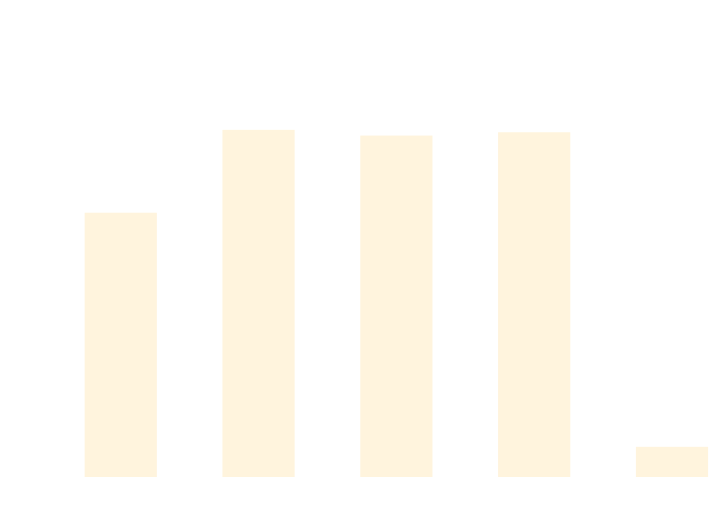
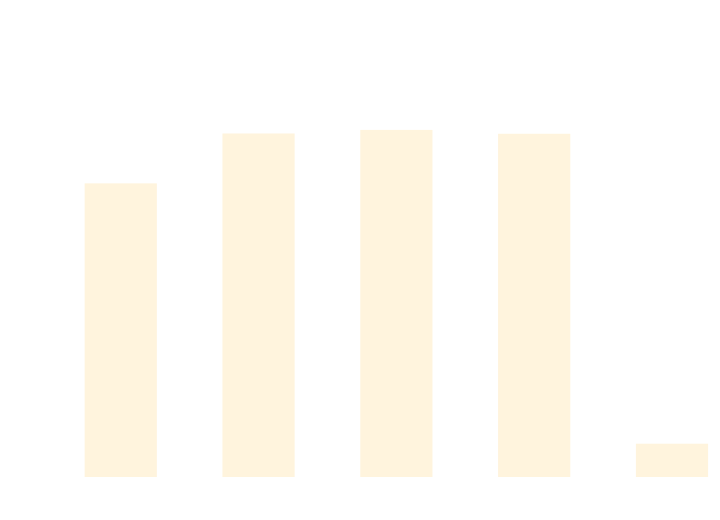
The diagram in docs/docs/benchmarks/ScaleTests.md (thomhurst/TUnit), drawn with Mermaid before and after one commit. The commit also changed other lines of this file and 17 other files, not shown here.

````diff
--- a/docs/docs/benchmarks/ScaleTests.md
+++ b/docs/docs/benchmarks/ScaleTests.md
@@ -27,37 +27,37 @@
 ```mermaid
 %%{init: {
   'theme':'base',
   'themeVariables': {
     'primaryColor': '#2563eb',
     'primaryTextColor': '#ffffff',
     'primaryBorderColor': '#1e40af',
     'lineColor': '#6b7280',
     'secondaryColor': '#7c3aed',
     'tertiaryColor': '#dc2626',
     'background': '#ffffff',
     'mainBkg': '#2563eb',
     'secondBkg': '#7c3aed',
     'tertiaryBkg': '#dc2626',
     'clusterBkg': '#f3f4f6',
     'edgeLabelBackground': '#ffffff',
     'tertiaryTextColor': '#1f2937',
     'pie1': '#2563eb',
     'pie2': '#7c3aed',
     'pie3': '#dc2626',
     'pie4': '#f59e0b',
     'pie5': '#10b981',
     'pie6': '#06b6d4',
     'pie7': '#ec4899',
     'pie8': '#6366f1',
     'pie9': '#84cc16',
     'pie10': '#f97316',
     'pie11': '#14b8a6',
     'pie12': '#a855f7'
   }
 }}%%
 xychart-beta
   title "ScaleTests Performance Comparison"
   x-axis ["TUnit", "NUnit", "MSTest", "xUnit3", "TUnit_AOT"]
-  y-axis "Time (ms)" 0 --> 816
-  bar [513.84, 679.95, 668.53, 675.14, 44.5]
+  y-axis "Time (ms)" 0 --> 745
+  bar [522.86, 614.14, 620.73, 613.65, 46.3]
 ```
````
